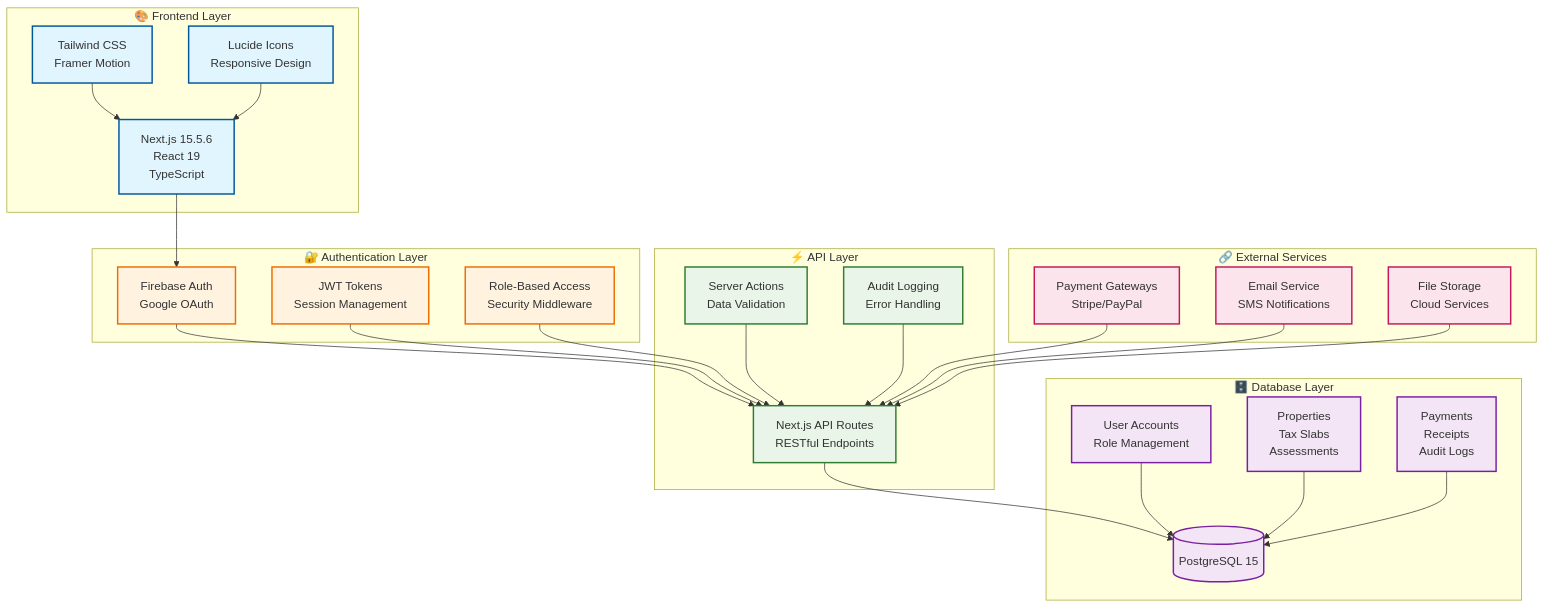
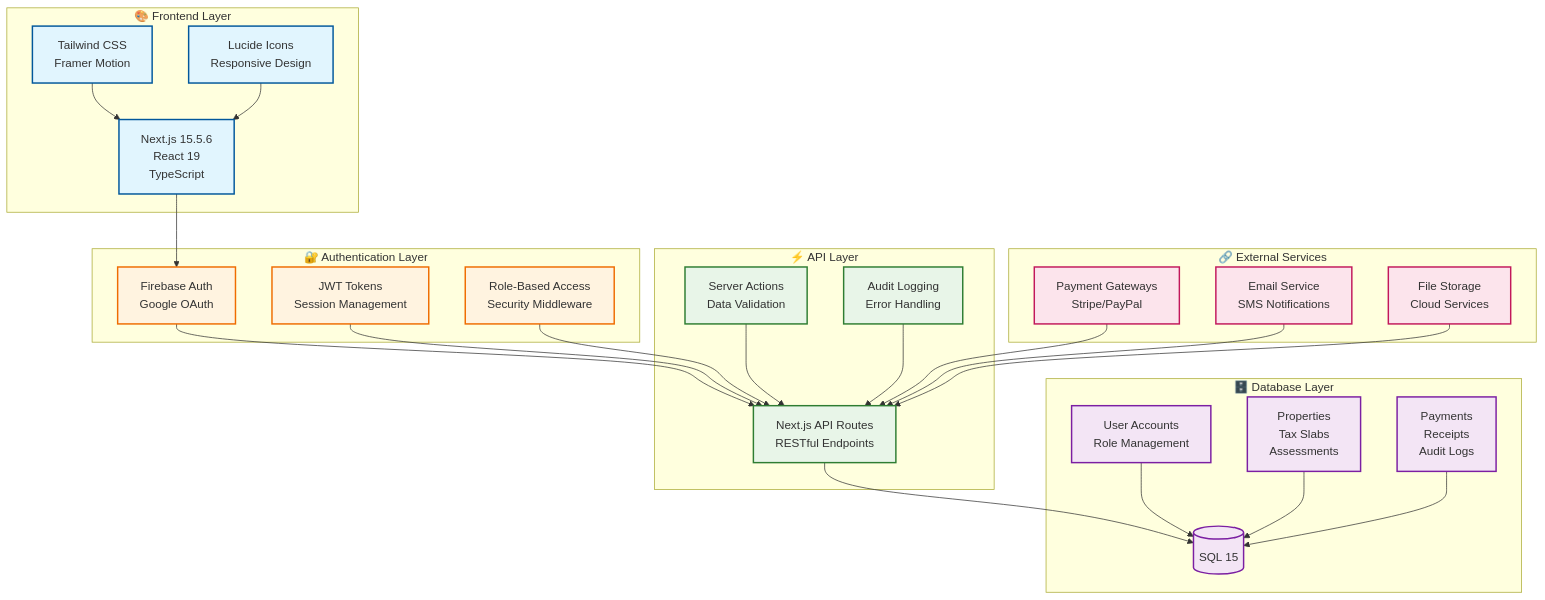
The first of 3 diagrams in README.md (Anish-2005/UrbanLedge), drawn with Mermaid before and after one commit. The commit also changed other lines of this file, not shown here.

````diff
--- a/README.md
+++ b/README.md
@@ -107,69 +107,69 @@
 ```mermaid
 graph TB
     %% Define styles
     classDef frontend fill:#e1f5fe,stroke:#01579b,stroke-width:2px
     classDef auth fill:#fff3e0,stroke:#ef6c00,stroke-width:2px
     classDef api fill:#e8f5e8,stroke:#2e7d32,stroke-width:2px
     classDef database fill:#f3e5f5,stroke:#7b1fa2,stroke-width:2px
     classDef external fill:#fce4ec,stroke:#c2185b,stroke-width:2px
 
     %% Frontend Layer
     subgraph "🎨 Frontend Layer"
         A[Next.js 15.5.6<br/>React 19<br/>TypeScript]
         B[Tailwind CSS<br/>Framer Motion]
         C[Lucide Icons<br/>Responsive Design]
     end
 
     %% Authentication Layer
     subgraph "🔐 Authentication Layer"
         D[Firebase Auth<br/>Google OAuth]
         E[JWT Tokens<br/>Session Management]
         F[Role-Based Access<br/>Security Middleware]
     end
 
     %% API Layer
     subgraph "⚡ API Layer"
         G[Next.js API Routes<br/>RESTful Endpoints]
         H[Server Actions<br/>Data Validation]
         I[Audit Logging<br/>Error Handling]
     end
 
     %% Database Layer
     subgraph "🗄️ Database Layer"
-        J[(PostgreSQL 15)]
+        J[(SQL 15)]
         K[User Accounts<br/>Role Management]
         L[Properties<br/>Tax Slabs<br/>Assessments]
         M[Payments<br/>Receipts<br/>Audit Logs]
     end
 
     %% External Services
     subgraph "🔗 External Services"
         N[Payment Gateways<br/>Stripe/PayPal]
         O[Email Service<br/>SMS Notifications]
         P[File Storage<br/>Cloud Services]
     end
 
     %% Connections
     A --> D
     D --> G
     G --> J
     B --> A
     C --> A
     E --> G
     F --> G
     H --> G
     I --> G
     K --> J
     L --> J
     M --> J
     N --> G
     O --> G
     P --> G
 
     %% Apply styles
     class A,B,C frontend
     class D,E,F auth
     class G,H,I api
     class J,K,L,M database
     class N,O,P external
 ```
````
